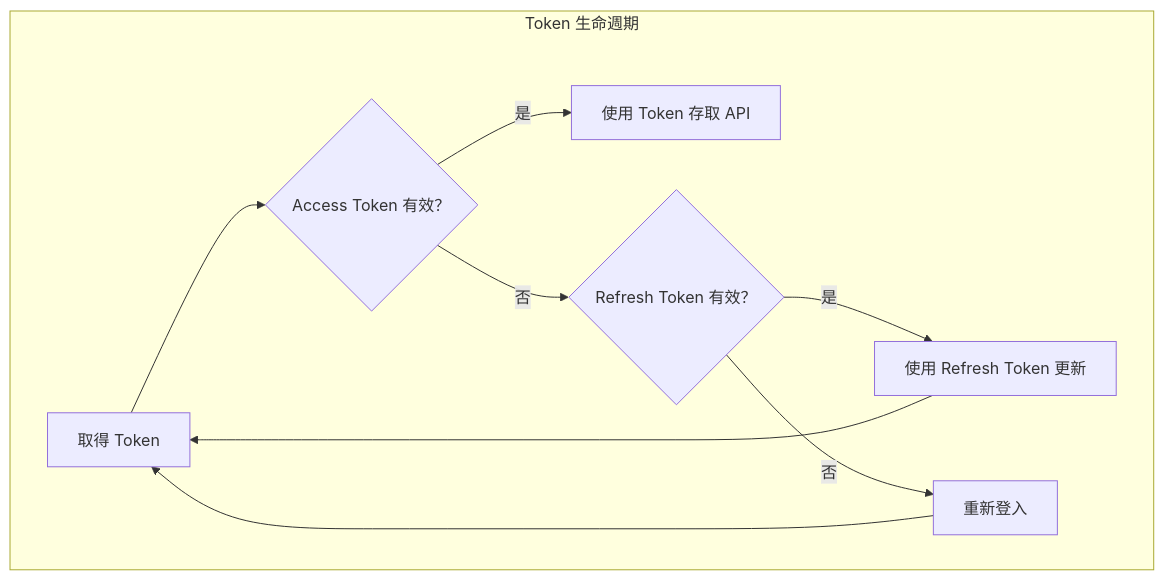
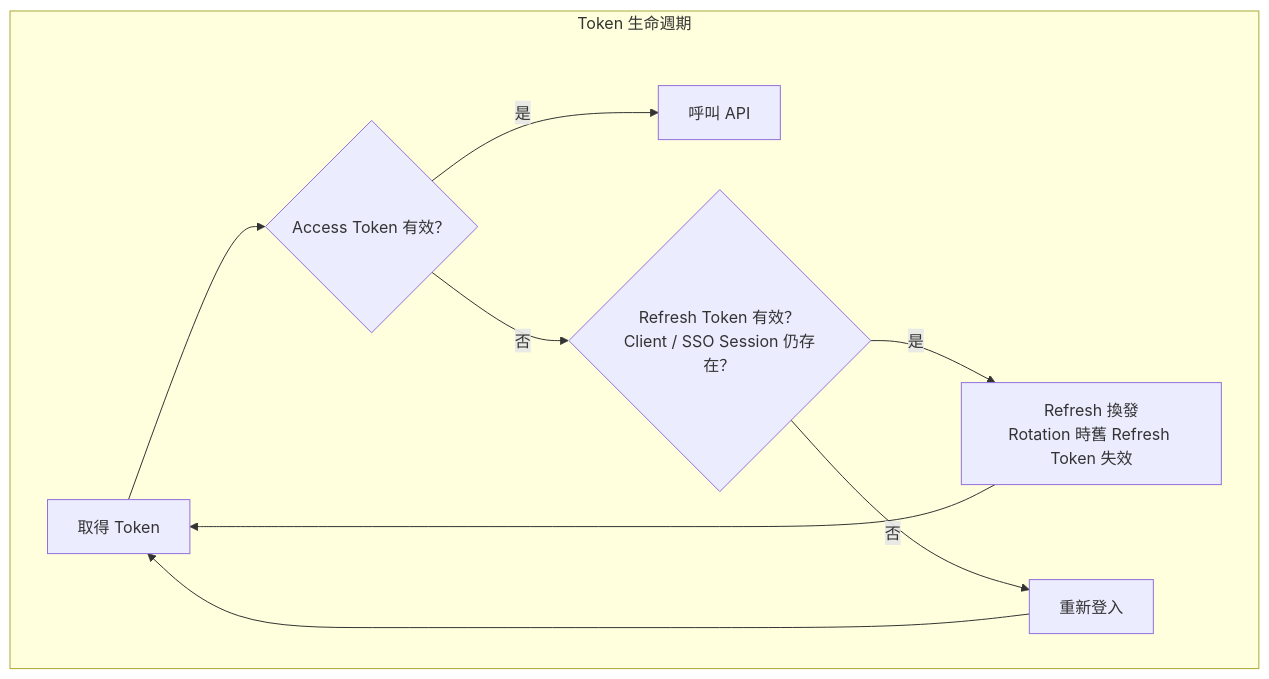
Diagram 14 of 19 in content/posts/教學/工具/Keycloak教學手冊.md (chihhung/Blog), drawn with Mermaid before and after one commit. The commit also changed other lines of this file and 10 other files, not shown here.

````diff
--- a/content/posts/教學/工具/Keycloak教學手冊.md
+++ b/content/posts/教學/工具/Keycloak教學手冊.md
@@ -1511,12 +2921,12 @@
 ```mermaid
 graph TB
-    subgraph "Token 生命週期"
+    subgraph LC["Token 生命週期"]
         A[取得 Token] --> B{Access Token 有效？}
-        B -->|是| C[使用 Token 存取 API]
-        B -->|否| D{Refresh Token 有效？}
-        D -->|是| E[使用 Refresh Token 更新]
+        B -->|是| C[呼叫 API]
+        B -->|否| D{Refresh Token 有效？<br/>Client / SSO Session 仍存在？}
+        D -->|是| E[Refresh 換發<br/>Rotation 時舊 Refresh Token 失效]
         E --> A
         D -->|否| F[重新登入]
         F --> A
     end
 ```
````
